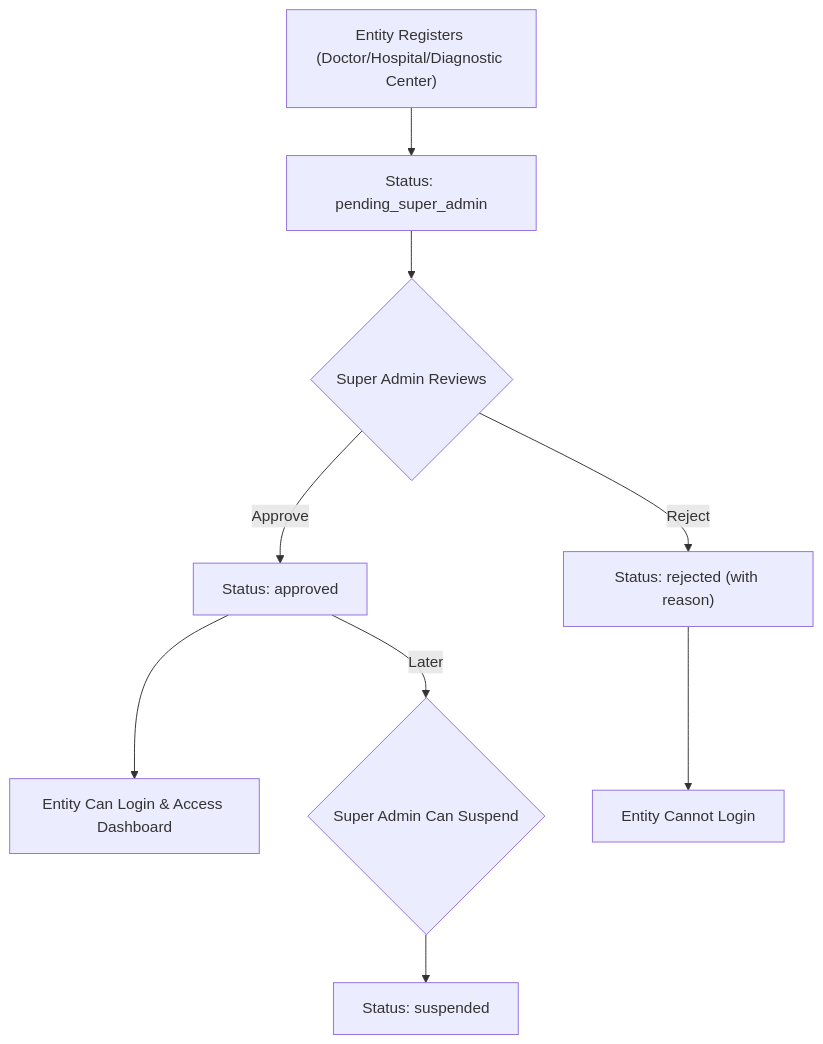
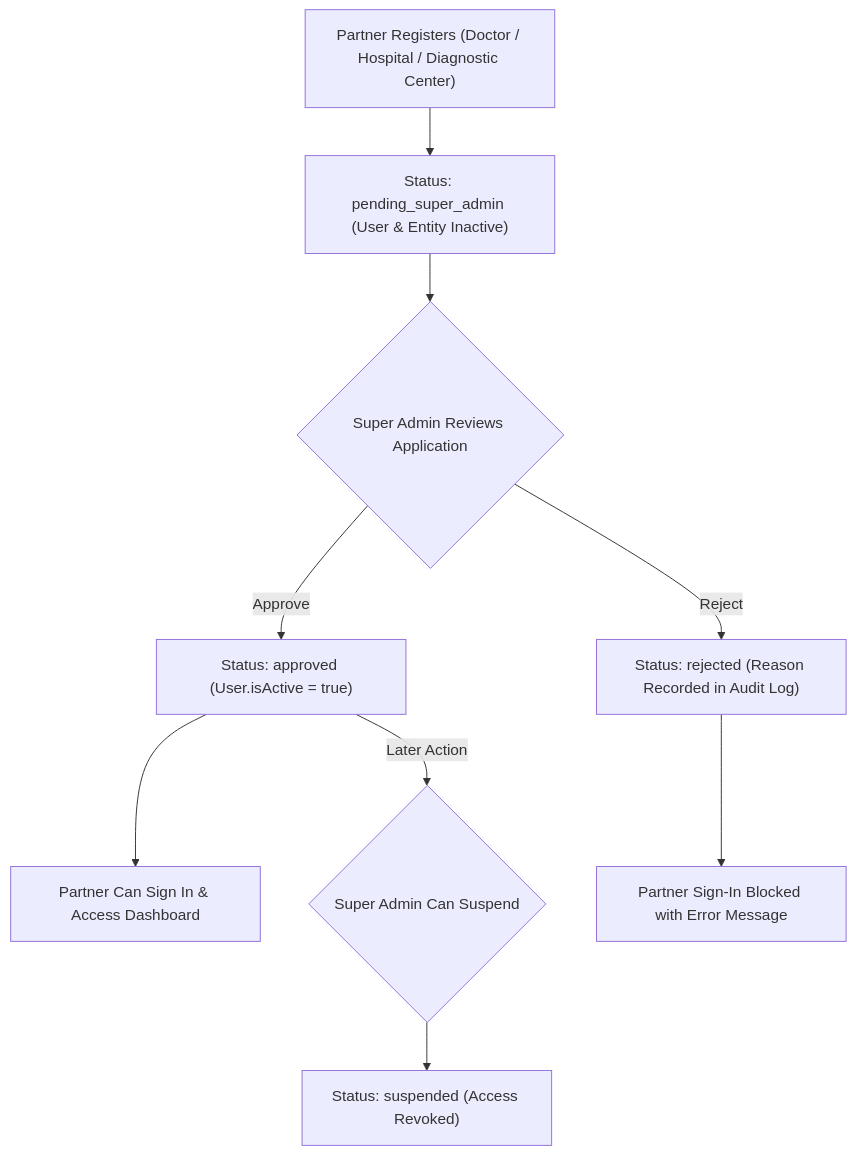
Before and after one commit to adil-hussa1n/Medify_247: the diagram in PROJECT_OVERVIEW.md, drawn with Mermaid. The commit also changed other lines of this file, not shown here.

Commit message:
Update PROJECT_OVERVIEW.md with current architecture, glassmorphic auth system, and transactional rollbacks

````diff
--- a/PROJECT_OVERVIEW.md
+++ b/PROJECT_OVERVIEW.md
@@ -330,11 +117,11 @@
 ```mermaid
 graph TD
-    A["Entity Registers (Doctor/Hospital/Diagnostic Center)"] --> B["Status: pending_super_admin"]
-    B --> C{"Super Admin Reviews"}
-    C -->|Approve| D["Status: approved"]
-    C -->|Reject| E["Status: rejected (with reason)"]
-    D --> F["Entity Can Login & Access Dashboard"]
-    E --> G["Entity Cannot Login"]
-    D -->|Later| H{"Super Admin Can Suspend"}
-    H --> I["Status: suspended"]
+    A["Partner Registers (Doctor / Hospital / Diagnostic Center)"] --> B["Status: pending_super_admin (User & Entity Inactive)"]
+    B --> C{"Super Admin Reviews Application"}
+    C -->|Approve| D["Status: approved (User.isActive = true)"]
+    C -->|Reject| E["Status: rejected (Reason Recorded in Audit Log)"]
+    D --> F["Partner Can Sign In & Access Dashboard"]
+    E --> G["Partner Sign-In Blocked with Error Message"]
+    D -->|Later Action| H{"Super Admin Can Suspend"}
+    H --> I["Status: suspended (Access Revoked)"]
 ```
````
